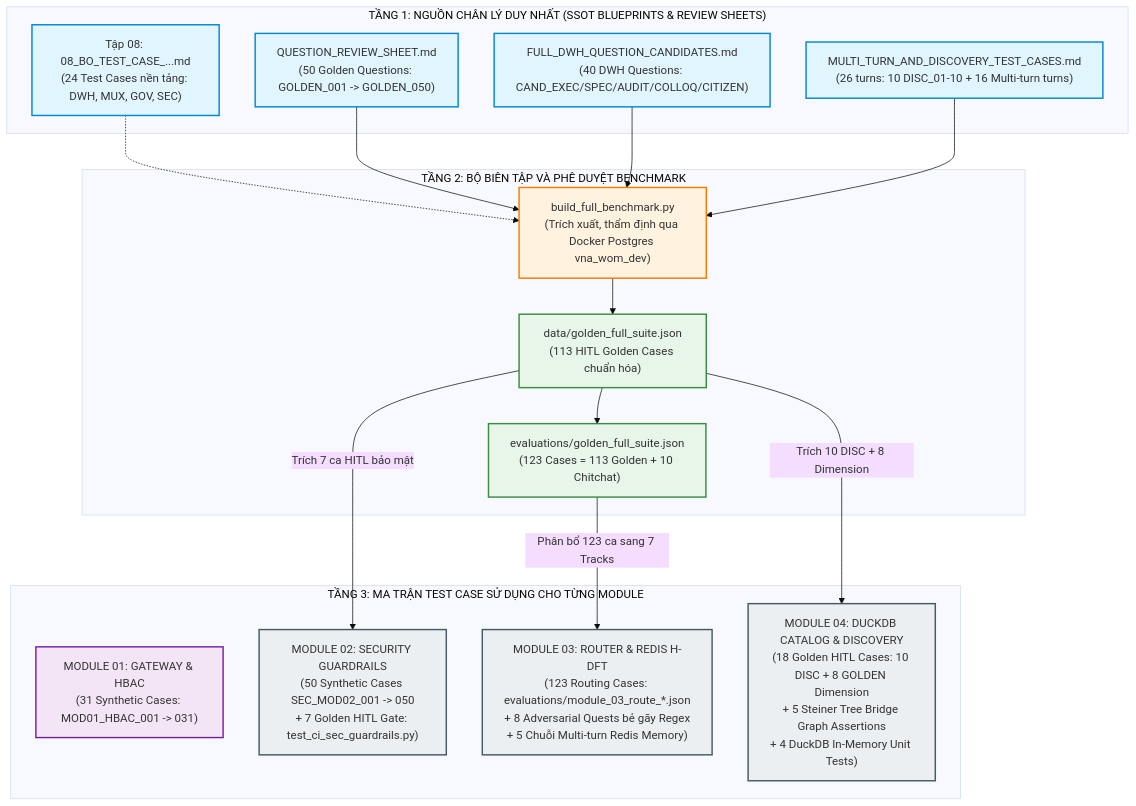
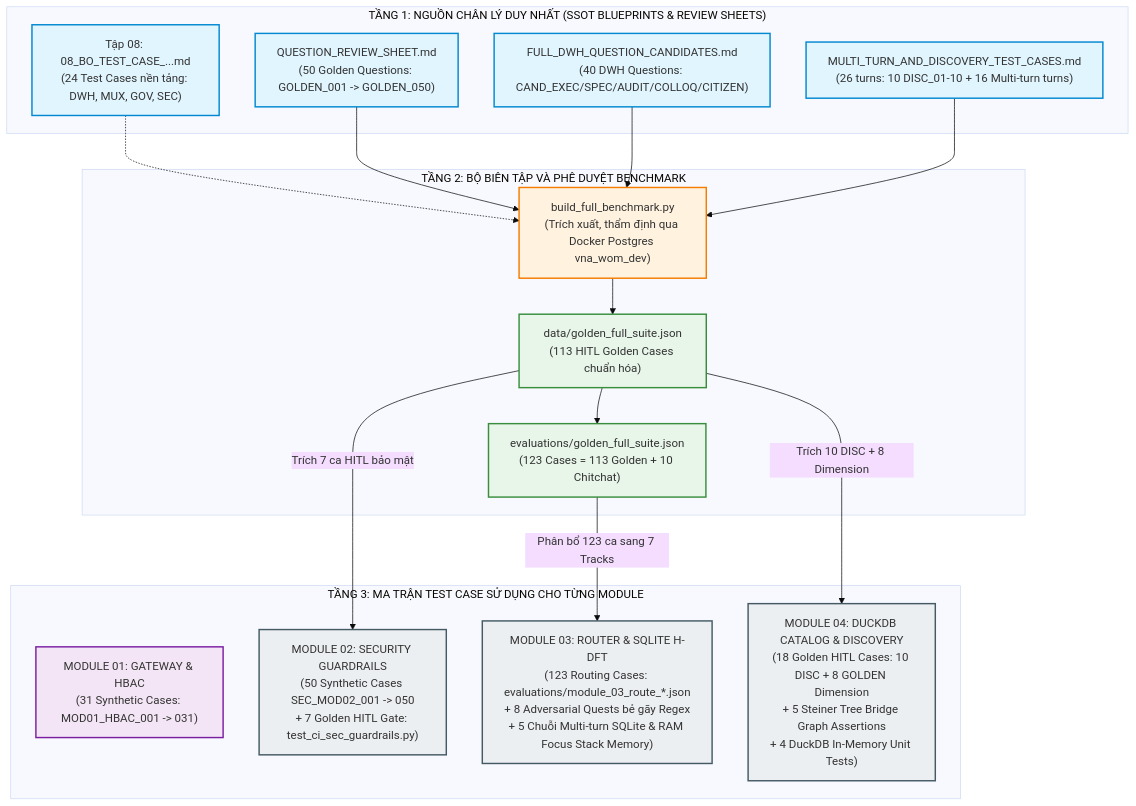
Before and after one commit to CaoAnhNato/Chatbot_HDSD: the diagram in IPGov_Chatbot/docs/TEST_CASES_GENEALOGY_AND_MAPPING_GUIDE.md, drawn with Mermaid (base theme). The commit also changed other lines of this file and 38 other files, not shown here.

````diff
--- a/IPGov_Chatbot/docs/TEST_CASES_GENEALOGY_AND_MAPPING_GUIDE.md
+++ b/IPGov_Chatbot/docs/TEST_CASES_GENEALOGY_AND_MAPPING_GUIDE.md
@@ -51,39 +51,39 @@
 ```mermaid
 flowchart TD
     classDef ssot fill:#e1f5fe,stroke:#0288d1,stroke-width:2px;
     classDef build fill:#fff3e0,stroke:#f57c00,stroke-width:2px;
     classDef golden fill:#e8f5e9,stroke:#388e3c,stroke-width:2px;
     classDef synth fill:#f3e5f5,stroke:#7b1fa2,stroke-width:2px;
     classDef module fill:#eceff1,stroke:#455a64,stroke-width:2px;
 
     subgraph SSOT_ROOT["TẦNG 1: NGUỒN CHÂN LÝ DUY NHẤT (SSOT BLUEPRINTS & REVIEW SHEETS)"]
         BP08["Tập 08: 08_BO_TEST_CASE_...md\n(24 Test Cases nền tảng: DWH, MUX, GOV, SEC)"]:::ssot
         REV1["QUESTION_REVIEW_SHEET.md\n(50 Golden Questions: GOLDEN_001 -> GOLDEN_050)"]:::ssot
         REV2["FULL_DWH_QUESTION_CANDIDATES.md\n(40 DWH Questions: CAND_EXEC/SPEC/AUDIT/COLLOQ/CITIZEN)"]:::ssot
         REV3["MULTI_TURN_AND_DISCOVERY_TEST_CASES.md\n(26 turns: 10 DISC_01-10 + 16 Multi-turn turns)"]:::ssot
     end
 
     subgraph PIPELINE["TẦNG 2: BỘ BIÊN TẬP VÀ PHÊ DUYỆT BENCHMARK"]
         BUILDER["build_full_benchmark.py\n(Trích xuất, thẩm định qua Docker Postgres vna_wom_dev)"]:::build
         GOLDEN113["data/golden_full_suite.json\n(113 HITL Golden Cases chuẩn hóa)"]:::golden
         GOLDEN123["evaluations/golden_full_suite.json\n(123 Cases = 113 Golden + 10 Chitchat)"]:::golden
     end
 
     subgraph MODULE_DISTRIBUTION["TẦNG 3: MA TRẬN TEST CASE SỬ DỤNG CHO TỪNG MODULE"]
         M1["MODULE 01: GATEWAY & HBAC\n(31 Synthetic Cases: MOD01_HBAC_001 -> 031)"]:::synth
         M2["MODULE 02: SECURITY GUARDRAILS\n(50 Synthetic Cases SEC_MOD02_001 -> 050\n+ 7 Golden HITL Gate: test_ci_sec_guardrails.py)"]:::module
-        M3["MODULE 03: ROUTER & REDIS H-DFT\n(123 Routing Cases: evaluations/module_03_route_*.json\n+ 8 Adversarial Quests bẻ gãy Regex\n+ 5 Chuỗi Multi-turn Redis Memory)"]:::module
+        M3["MODULE 03: ROUTER & SQLITE H-DFT\n(123 Routing Cases: evaluations/module_03_route_*.json\n+ 8 Adversarial Quests bẻ gãy Regex\n+ 5 Chuỗi Multi-turn SQLite & RAM Focus Stack Memory)"]:::module
         M4["MODULE 04: DUCKDB CATALOG & DISCOVERY\n(18 Golden HITL Cases: 10 DISC + 8 GOLDEN Dimension\n+ 5 Steiner Tree Bridge Graph Assertions\n+ 4 DuckDB In-Memory Unit Tests)"]:::module
     end
 
     BP08 -.-> BUILDER
     REV1 --> BUILDER
     REV2 --> BUILDER
     REV3 --> BUILDER
     BUILDER --> GOLDEN113
     GOLDEN113 --> GOLDEN123
 
     GOLDEN113 -- "Trích 7 ca HITL bảo mật" --> M2
     GOLDEN123 -- "Phân bổ 123 ca sang 7 Tracks" --> M3
     GOLDEN113 -- "Trích 10 DISC + 8 Dimension" --> M4
 ```
````
